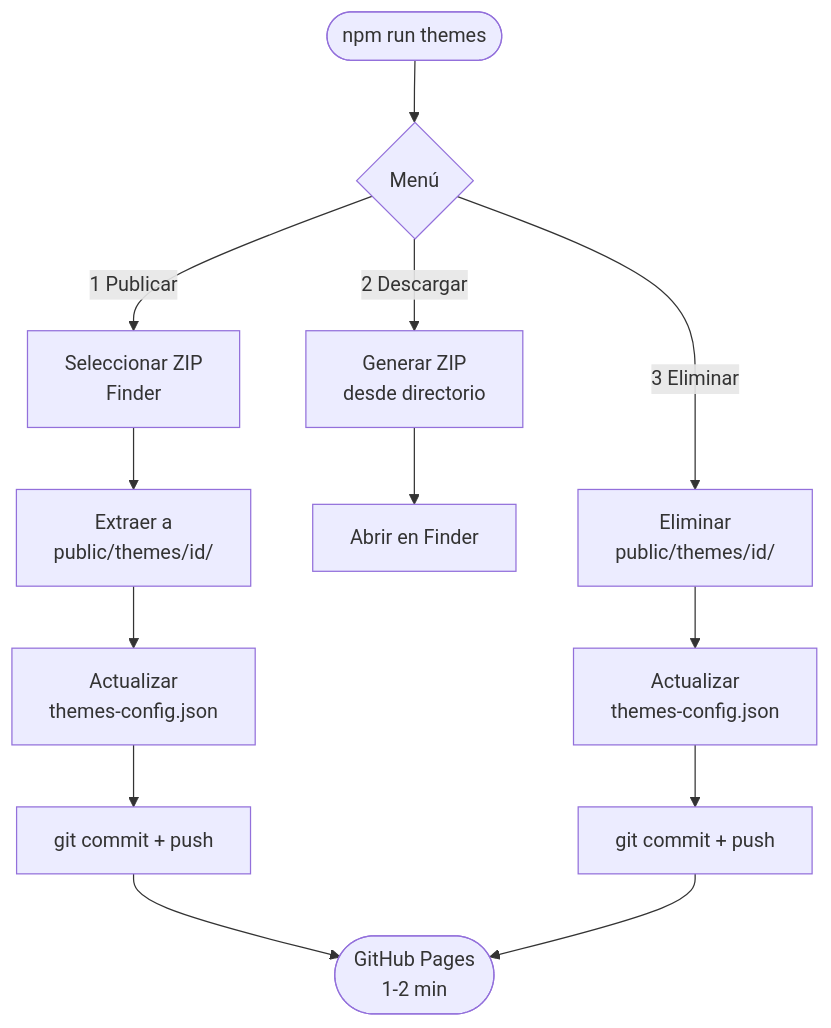
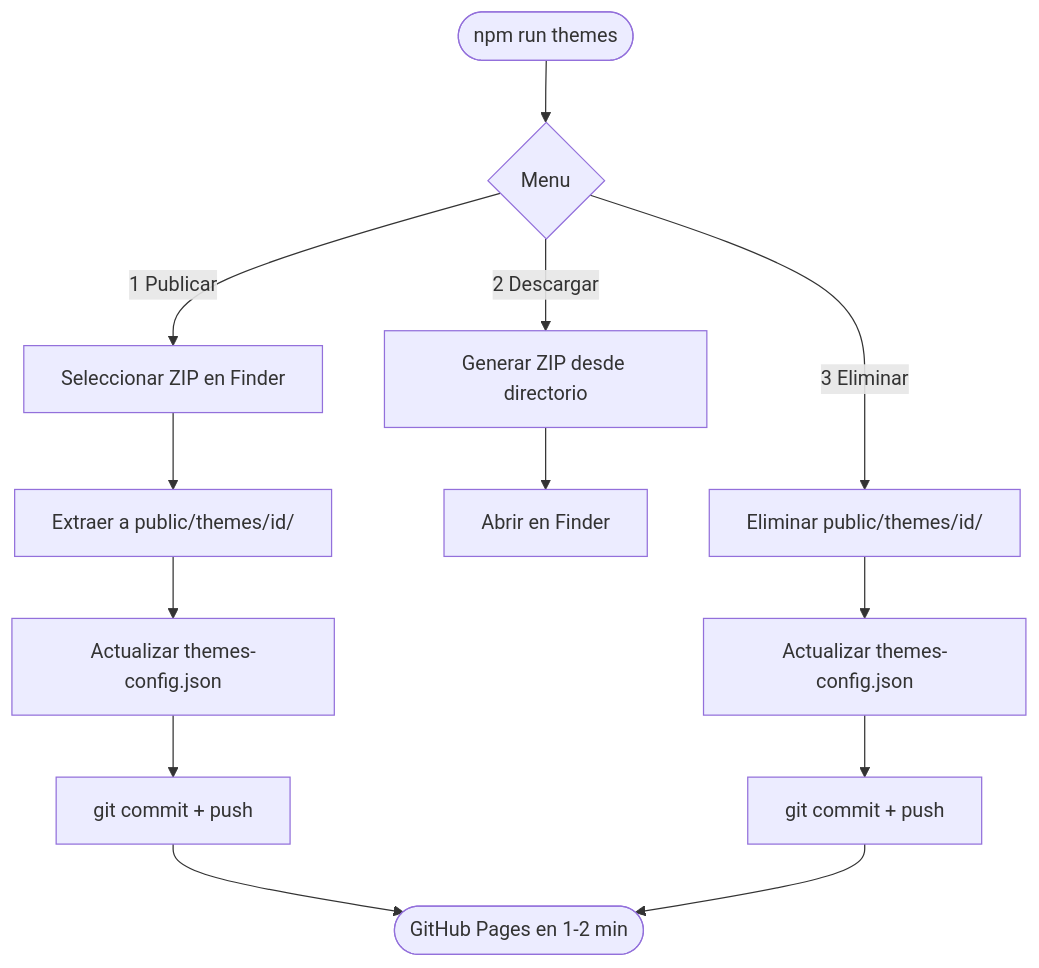
One commit to MarioFlorido/BUA-convertidor-exe changed the diagram in docs/gestion-temas-oficiales.md. Above: the diagram before and after it, drawn with Mermaid. The commit also changed 2 other files, not shown here.

Commit message:
docs: simplificar sintaxis Mermaid - eliminar caracteres especiales

````diff
--- a/docs/gestion-temas-oficiales.md
+++ b/docs/gestion-temas-oficiales.md
@@ -27,18 +27,18 @@
 ```mermaid
 flowchart TD
-    Start([npm run themes]) --> Menu{Menú}
-    Menu -->|1 Publicar| Pub[Seleccionar ZIP\nFinder]
-    Pub --> Extract["Extraer a\npublic/themes/id/"]
-    Extract --> Config[Actualizar\nthemes-config.json]
+    Start([npm run themes]) --> Menu{Menu}
+    Menu -->|1 Publicar| Pub[Seleccionar ZIP en Finder]
+    Pub --> Extract[Extraer a public/themes/id/]
+    Extract --> Config[Actualizar themes-config.json]
     Config --> Push[git commit + push]
 
-    Menu -->|2 Descargar| Down[Generar ZIP\ndesde directorio]
+    Menu -->|2 Descargar| Down[Generar ZIP desde directorio]
     Down --> Finder[Abrir en Finder]
 
-    Menu -->|3 Eliminar| Del["Eliminar\npublic/themes/id/"]
-    Del --> Config2[Actualizar\nthemes-config.json]
+    Menu -->|3 Eliminar| Del[Eliminar public/themes/id/]
+    Del --> Config2[Actualizar themes-config.json]
     Config2 --> Push2[git commit + push]
 
-    Push --> GH([GitHub Pages\n1-2 min])
+    Push --> GH([GitHub Pages en 1-2 min])
     Push2 --> GH
 ```
````
